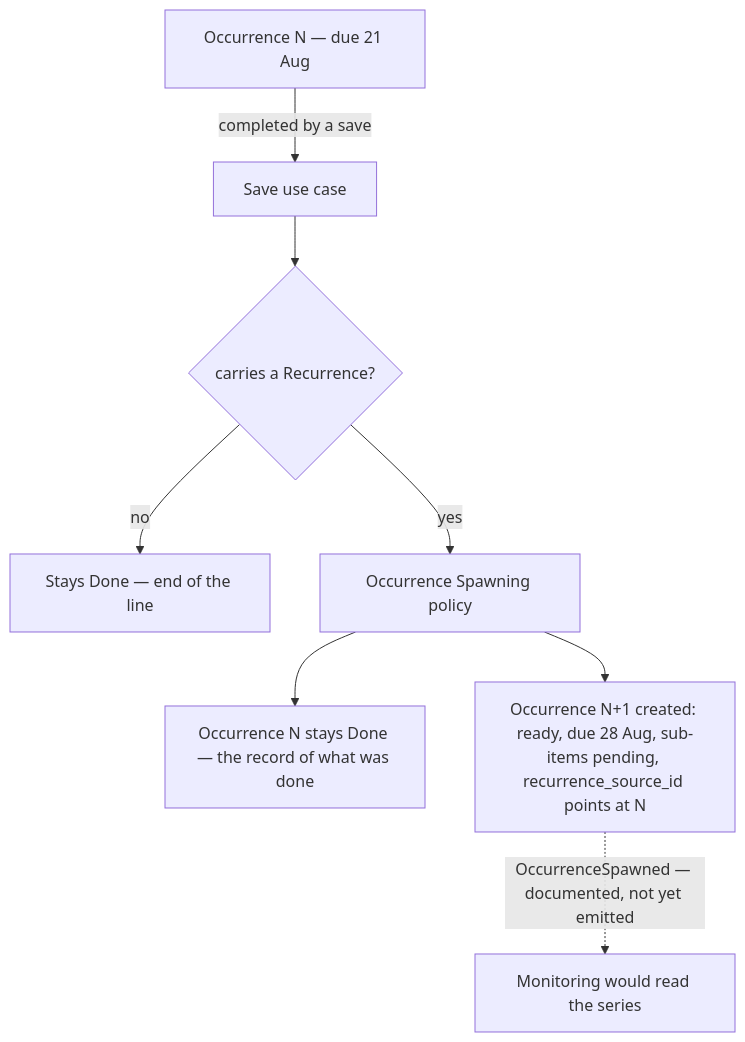
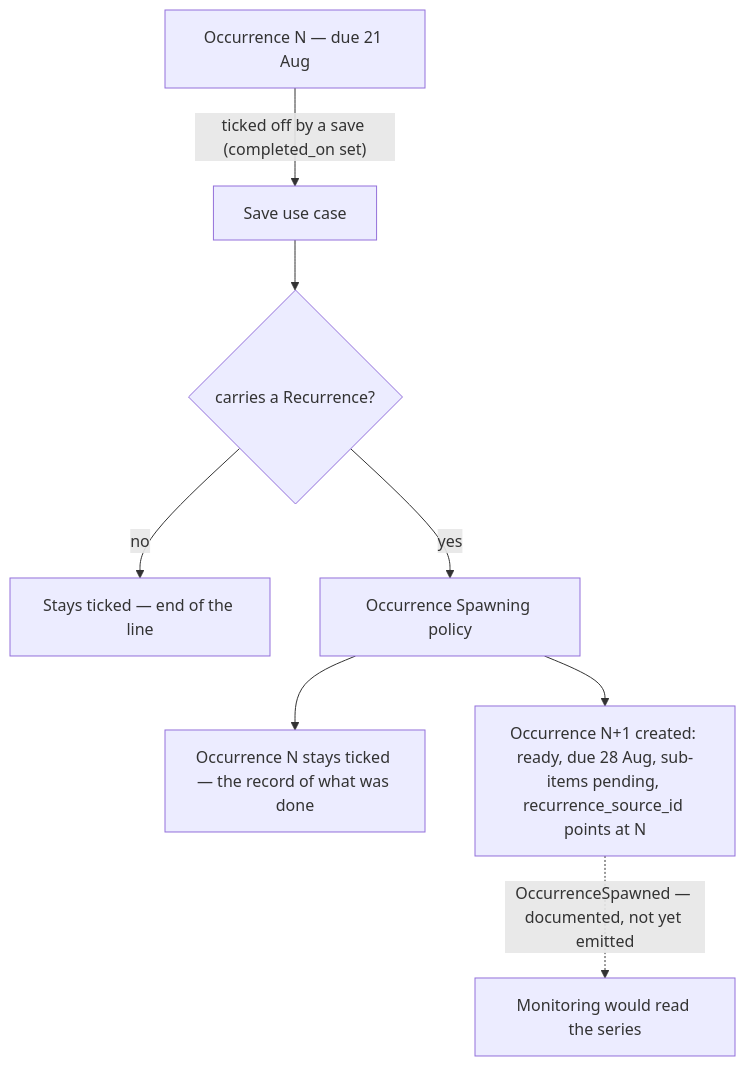
The second of 3 diagrams in .domain/tasks/flow.md (JSdotNet/Backlog), drawn with Mermaid before and after one commit. The commit also changed other lines of this file and 31 other files, not shown here.

````diff
--- a/.domain/tasks/flow.md
+++ b/.domain/tasks/flow.md
@@ -36,10 +45,10 @@
 ```mermaid
 flowchart TD
-    N["Occurrence N — due 21 Aug"] -->|"completed by a save"| E["Save use case"]
+    N["Occurrence N — due 21 Aug"] -->|"ticked off by a save (completed_on set)"| E["Save use case"]
     E --> Q{"carries a Recurrence?"}
-    Q -->|no| S["Stays Done — end of the line"]
+    Q -->|no| S["Stays ticked — end of the line"]
     Q -->|yes| P["Occurrence Spawning policy"]
-    P --> K["Occurrence N stays Done — the record of what was done"]
+    P --> K["Occurrence N stays ticked — the record of what was done"]
     P --> C["Occurrence N+1 created: ready, due 28 Aug, sub-items pending, recurrence_source_id points at N"]
     C -.->|"OccurrenceSpawned — documented, not yet emitted"| M["Monitoring would read the series"]
 ```
````
